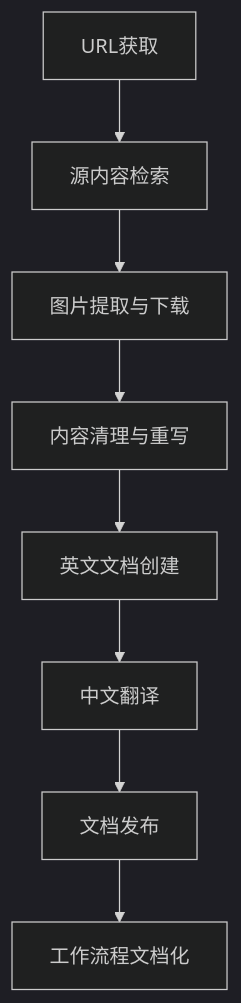
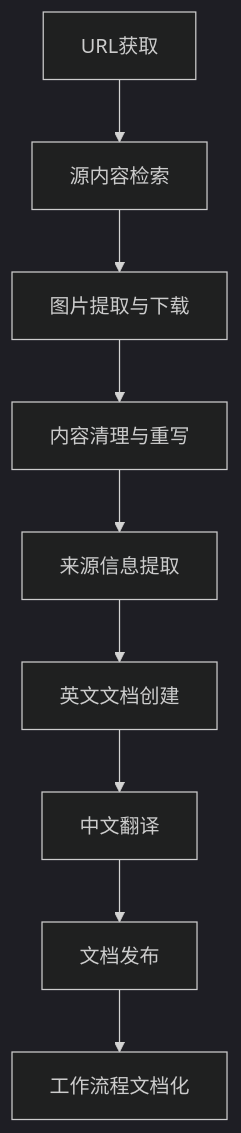
Before and after one commit to romualdtats/claude-code-best-practices: the diagram in workflow-documentation.md, drawn with Mermaid (dark theme). The commit also changed other lines of this file and 12 other files, not shown here.

````diff
--- a/workflow-documentation.md
+++ b/workflow-documentation.md
@@ -9,10 +9,11 @@
 ```mermaid
 graph TD
     A[URL获取] --> B[源内容检索]
     B --> C[图片提取与下载]
     C --> D[内容清理与重写]
-    D --> E[英文文档创建]
-    E --> F[中文翻译]
-    F --> G[文档发布]
-    G --> H[工作流程文档化]
+    D --> E[来源信息提取]
+    E --> F[英文文档创建]
+    F --> G[中文翻译]
+    G --> H[文档发布]
+    H --> I[工作流程文档化]
 ```
````
